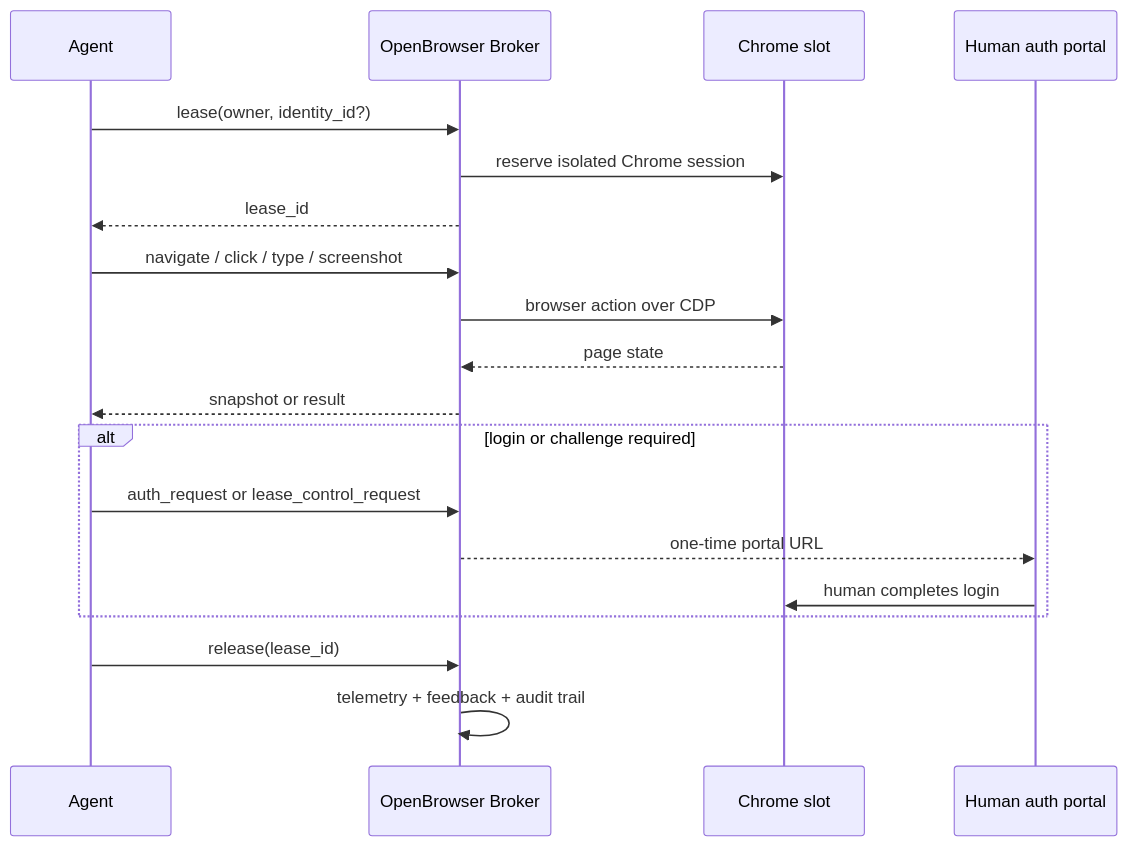
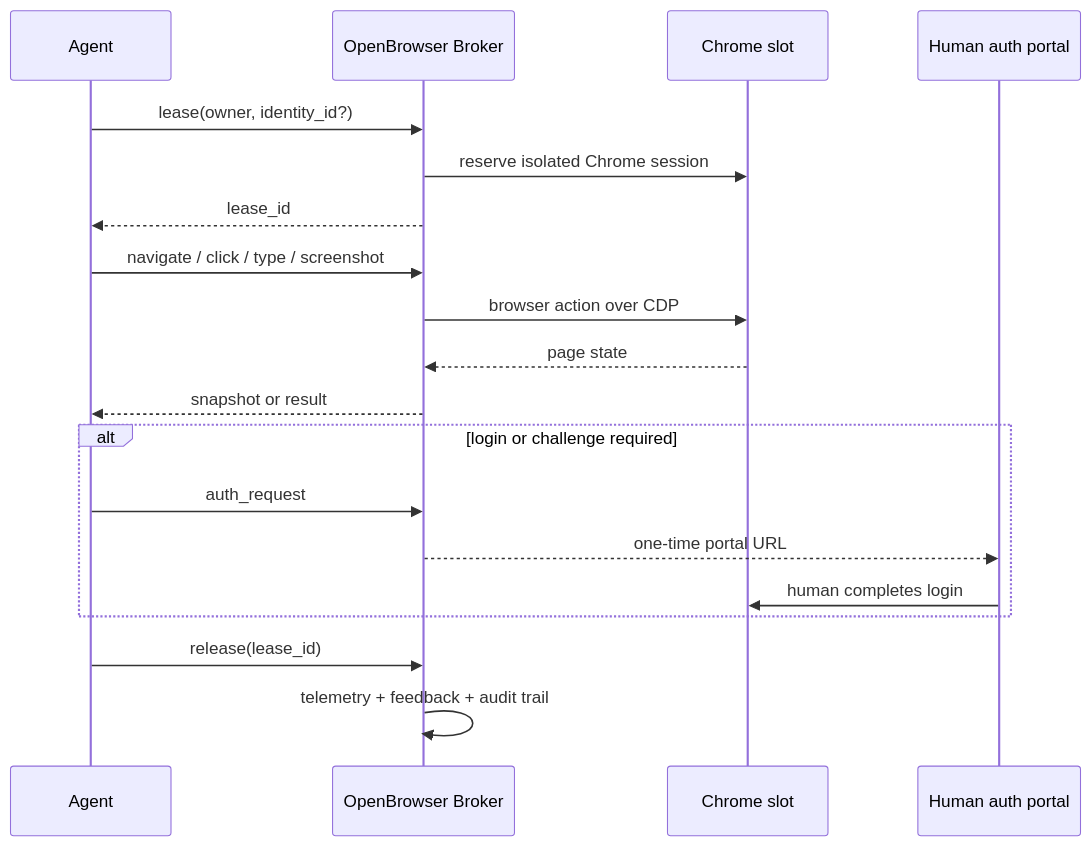
Before and after one commit to floomhq/openbrowser: the second of 4 diagrams in README.md, drawn with Mermaid. The commit also changed 10 other files, not shown here.

````diff
--- a/README.md
+++ b/README.md
@@ -70,21 +70,21 @@
 ```mermaid
 sequenceDiagram
   participant A as Agent
   participant B as OpenBrowser Broker
   participant C as Chrome slot
   participant H as Human auth portal
   A->>B: lease(owner, identity_id?)
   B->>C: reserve isolated Chrome session
   B-->>A: lease_id
   A->>B: navigate / click / type / screenshot
   B->>C: browser action over CDP
   C-->>B: page state
   B-->>A: snapshot or result
   alt login or challenge required
-    A->>B: auth_request or lease_control_request
+    A->>B: auth_request
     B-->>H: one-time portal URL
     H->>C: human completes login
   end
   A->>B: release(lease_id)
   B->>B: telemetry + feedback + audit trail
 ```
````
